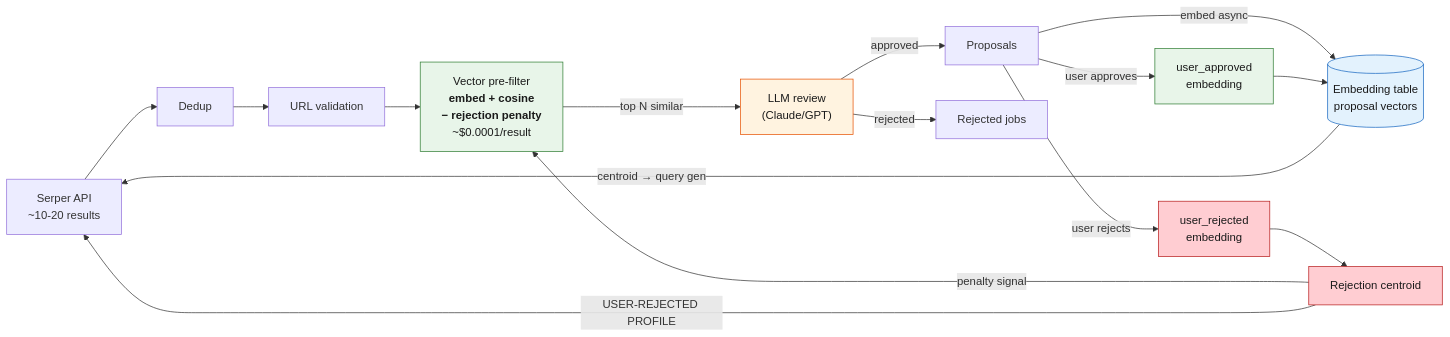
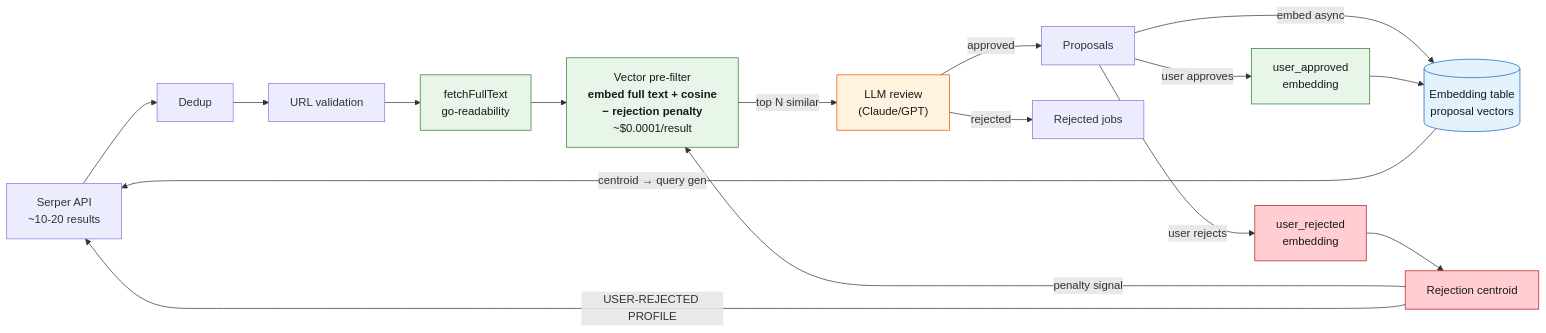
The fourth of 11 diagrams in README.md (hubenschmidt/pina-colada), drawn with Mermaid before and after one commit. The commit also changed other lines of this file and 14 other files, not shown here.

````diff
--- a/README.md
+++ b/README.md
@@ -200,26 +202,28 @@
 ```mermaid
 flowchart LR
     SERPER["Serper API<br/>~10-20 results"] --> DEDUP["Dedup"]
     DEDUP --> URLS["URL validation"]
-    URLS --> VPF["Vector pre-filter<br/><b>embed + cosine<br/>− rejection penalty</b><br/>~$0.0001/result"]
+    URLS --> FETCH["fetchFullText<br/>go-readability"]
+    FETCH --> VPF["Vector pre-filter<br/><b>embed full text + cosine<br/>− rejection penalty</b><br/>~$0.0001/result"]
     VPF -->|"top N similar"| LLM["LLM review<br/>(Claude/GPT)"]
     LLM -->|approved| PROP["Proposals"]
     LLM -->|rejected| REJ["Rejected jobs"]
 
     PROP -->|"embed async"| EMB[("Embedding table<br/>proposal vectors")]
     EMB -->|"centroid → query gen"| SERPER
 
     PROP -->|"user approves"| UAPPR["user_approved<br/>embedding"]
     UAPPR --> EMB
     PROP -->|"user rejects"| UREJ["user_rejected<br/>embedding"]
     UREJ --> REJC["Rejection centroid"]
     REJC -->|"penalty signal"| VPF
     REJC -->|"USER-REJECTED PROFILE"| SERPER
 
+    style FETCH fill:#e8f5e9,stroke:#2e7d32,color:#1a1a1a
     style VPF fill:#e8f5e9,stroke:#2e7d32,color:#1a1a1a
     style EMB fill:#e3f2fd,stroke:#1565c0,color:#1a1a1a
     style LLM fill:#fff3e0,stroke:#e65100,color:#1a1a1a
     style UAPPR fill:#e8f5e9,stroke:#2e7d32,color:#1a1a1a
     style UREJ fill:#ffcdd2,stroke:#b71c1c,color:#1a1a1a
     style REJC fill:#ffcdd2,stroke:#b71c1c,color:#1a1a1a
 ```
````
